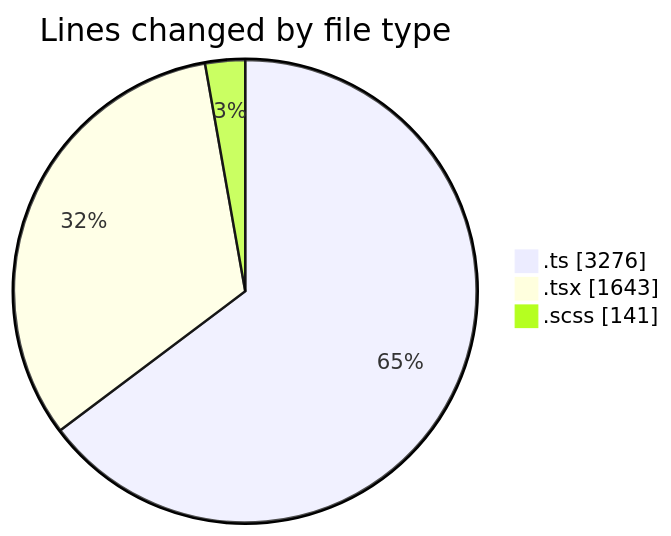
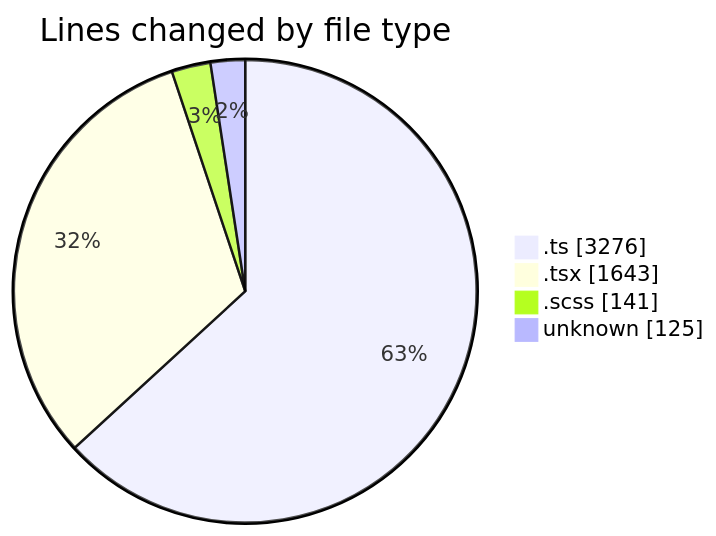
One commit to momahboobian/code-tracking changed the first of 2 diagrams in 2026-09-09/cda/README.md. Above: the diagram before and after it, drawn with Mermaid. The commit also changed other lines of this file and 1 other file, not shown here.

````diff
--- a/2026-09-09/cda/README.md
+++ b/2026-09-09/cda/README.md
@@ -41,7 +42,8 @@
 ```mermaid
 pie showData
 title Lines changed by file type
 ".ts" : 3276
 ".tsx" : 1643
 ".scss" : 141
+"unknown" : 125
 ```
````
